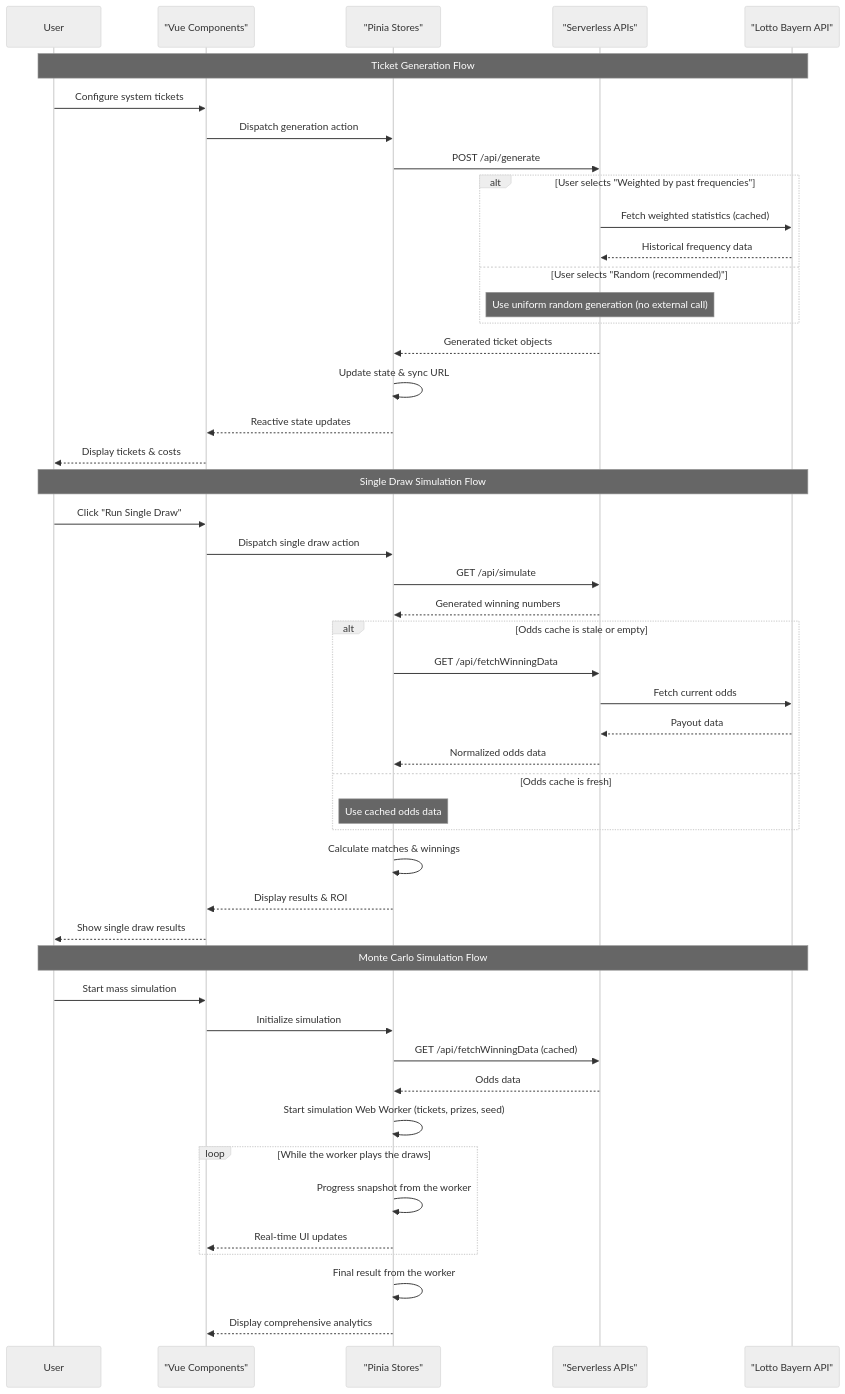
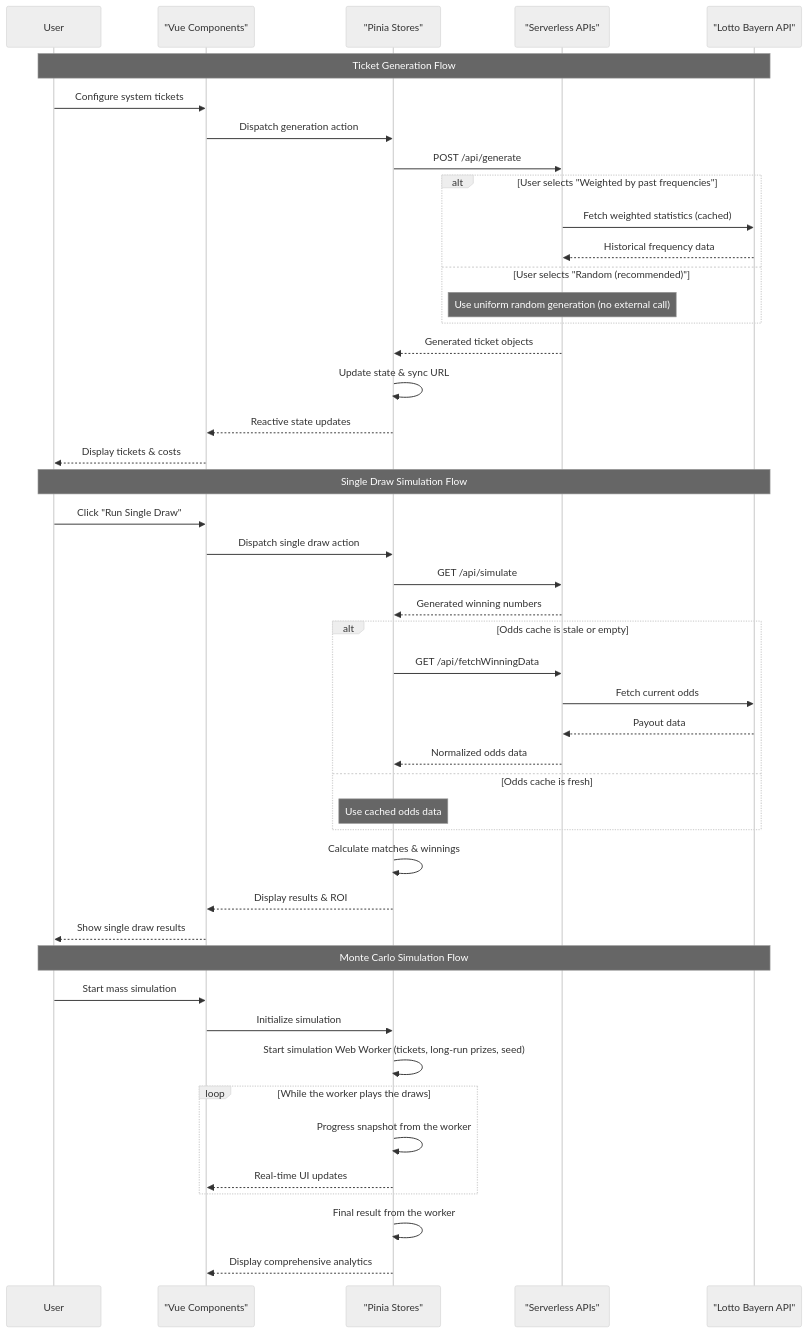
One commit to valentinvieriu/EuroJackpotGenerator changed the diagram in ai_docs/ARCHITECTURE.md. Above: the diagram before and after it, drawn with Mermaid (neutral theme). The commit also changed other lines of this file and 5 other files, not shown here.

First line of the commit message:
fix: pay autoplay hits the long-run average prize per class

````diff
--- a/ai_docs/ARCHITECTURE.md
+++ b/ai_docs/ARCHITECTURE.md
@@ -17,59 +17,57 @@
 ```mermaid
 sequenceDiagram
     participant User
     participant Frontend as "Vue Components"
     participant Store as "Pinia Stores"
     participant API as "Serverless APIs"
     participant External as "Lotto Bayern API"
 
     Note over User, External: Ticket Generation Flow
     User->>Frontend: Configure system tickets
     Frontend->>Store: Dispatch generation action
     Store->>API: POST /api/generate
 
     alt User selects "Weighted by past frequencies"
         API->>External: Fetch weighted statistics (cached)
         External-->>API: Historical frequency data
     else User selects "Random (recommended)"
         Note over API: Use uniform random generation (no external call)
     end
 
     API-->>Store: Generated ticket objects
     Store->>Store: Update state & sync URL
     Store-->>Frontend: Reactive state updates
     Frontend-->>User: Display tickets & costs
 
     Note over User, External: Single Draw Simulation Flow
     User->>Frontend: Click "Run Single Draw"
     Frontend->>Store: Dispatch single draw action
     Store->>API: GET /api/simulate
     API-->>Store: Generated winning numbers
 
     alt Odds cache is stale or empty
         Store->>API: GET /api/fetchWinningData
         API->>External: Fetch current odds
         External-->>API: Payout data
         API-->>Store: Normalized odds data
     else Odds cache is fresh
         Note over Store: Use cached odds data
     end
 
     Store->>Store: Calculate matches & winnings
     Store-->>Frontend: Display results & ROI
     Frontend-->>User: Show single draw results
 
     Note over User, External: Monte Carlo Simulation Flow
     User->>Frontend: Start mass simulation
     Frontend->>Store: Initialize simulation
-    Store->>API: GET /api/fetchWinningData (cached)
-    API-->>Store: Odds data
-    Store->>Store: Start simulation Web Worker (tickets, prizes, seed)
+    Store->>Store: Start simulation Web Worker (tickets, long-run prizes, seed)
 
     loop While the worker plays the draws
         Store->>Store: Progress snapshot from the worker
         Store-->>Frontend: Real-time UI updates
     end
 
     Store->>Store: Final result from the worker
     Store-->>Frontend: Display comprehensive analytics
 ```
````
